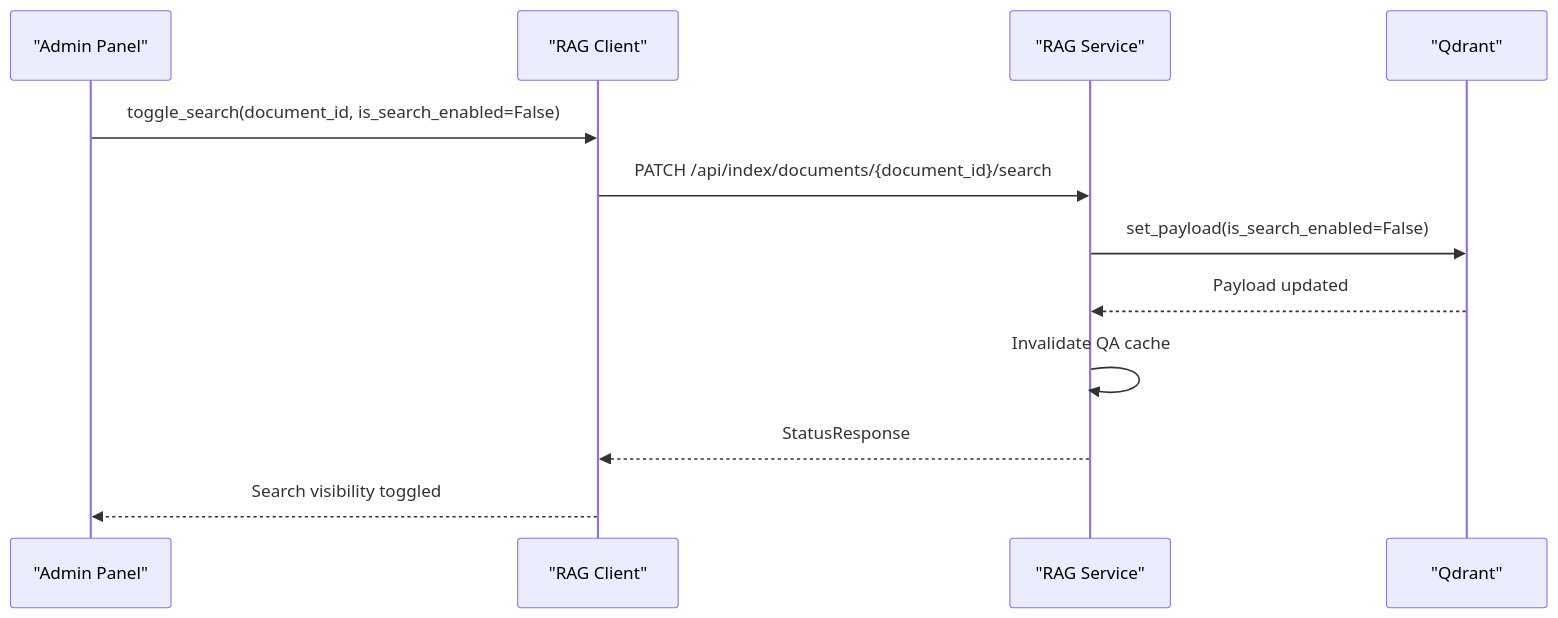
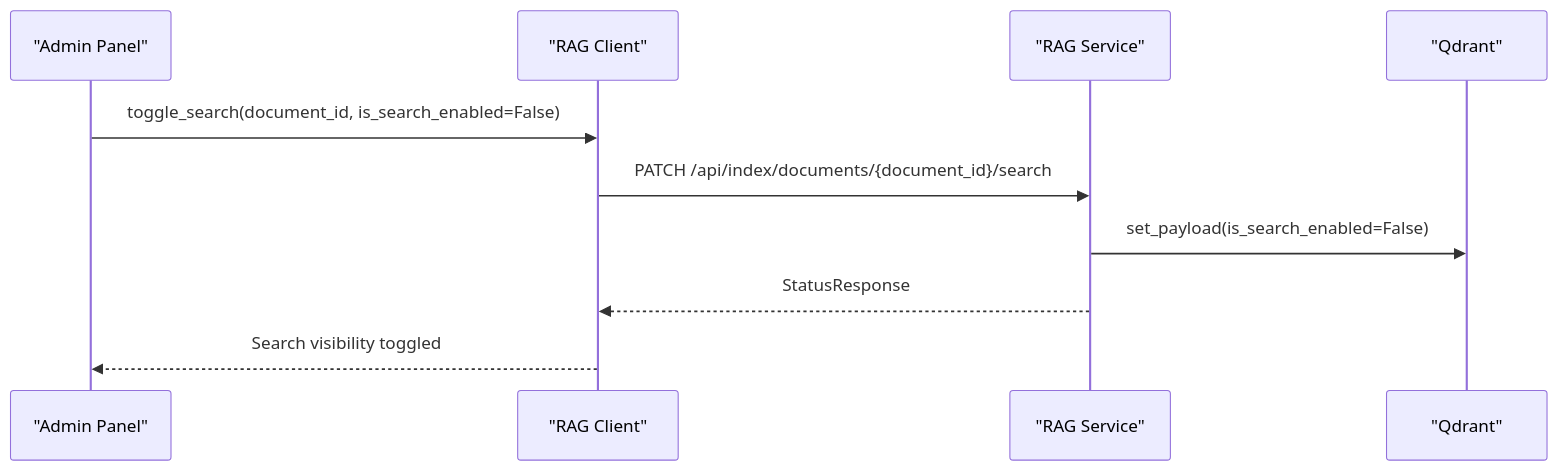
Diagram 12 of 13 in .qoder/repowiki/en/content/API Reference/RAG Client Integration.md (ognelis/cafetera_hr_bot), drawn with Mermaid before and after one commit. The commit also changed other lines of this file and 9 other files, not shown here.

````diff
--- a/.qoder/repowiki/en/content/API Reference/RAG Client Integration.md
+++ b/.qoder/repowiki/en/content/API Reference/RAG Client Integration.md
@@ -561,14 +597,12 @@
 ```mermaid
 sequenceDiagram
 participant Admin as "Admin Panel"
 participant RAGClient as "RAG Client"
 participant RAGService as "RAG Service"
 participant Qdrant as "Qdrant"
 Admin->>RAGClient : toggle_search(document_id, is_search_enabled=False)
 RAGClient->>RAGService : PATCH /api/index/documents/{document_id}/search
 RAGService->>Qdrant : set_payload(is_search_enabled=False)
-Qdrant-->>RAGService : Payload updated
-RAGService->>RAGService : Invalidate QA cache
 RAGService-->>RAGClient : StatusResponse
 RAGClient-->>Admin : Search visibility toggled
 ```
````
